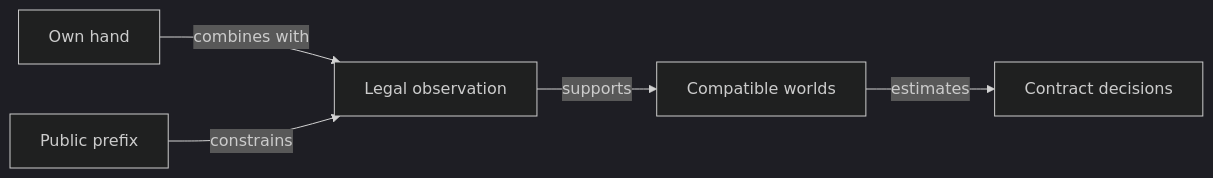
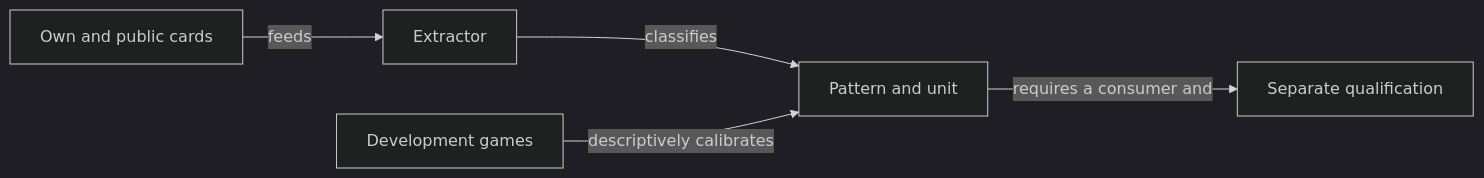
Before and after one commit to crististefanita/atf_j4: the diagram in docs/ai/ATF_HandPatternsEn.md, drawn with Mermaid (dark theme). The commit also changed other lines of this file and 120 other files, not shown here.

````diff
--- a/docs/ai/ATF_HandPatternsEn.md
+++ b/docs/ai/ATF_HandPatternsEn.md
@@ -28,7 +7,7 @@
 ```mermaid
 flowchart LR
-    OWN[Own hand] -->|combines with| OBS[Legal observation]
-    PUBLIC[Public prefix] -->|constrains| OBS
-    OBS -->|supports| WORLDS[Compatible worlds]
-    WORLDS -->|estimates| POLICY[Contract decisions]
+    OBS[Own and public cards] -->|feeds| EXTRACT[Extractor]
+    EXTRACT -->|classifies| PATTERN[Pattern and unit]
+    GAMES[Development games] -->|descriptively calibrates| PATTERN
+    PATTERN -->|requires a consumer and| GATE[Separate qualification]
 ```
````
